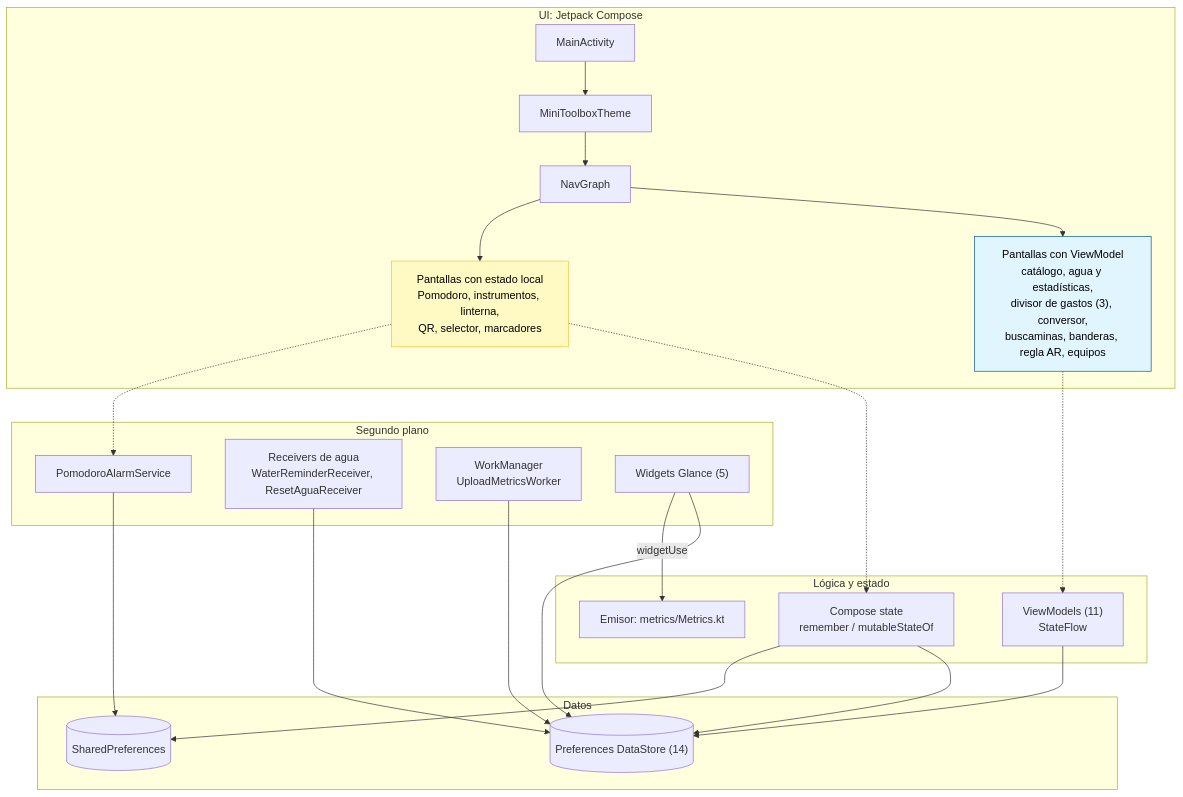
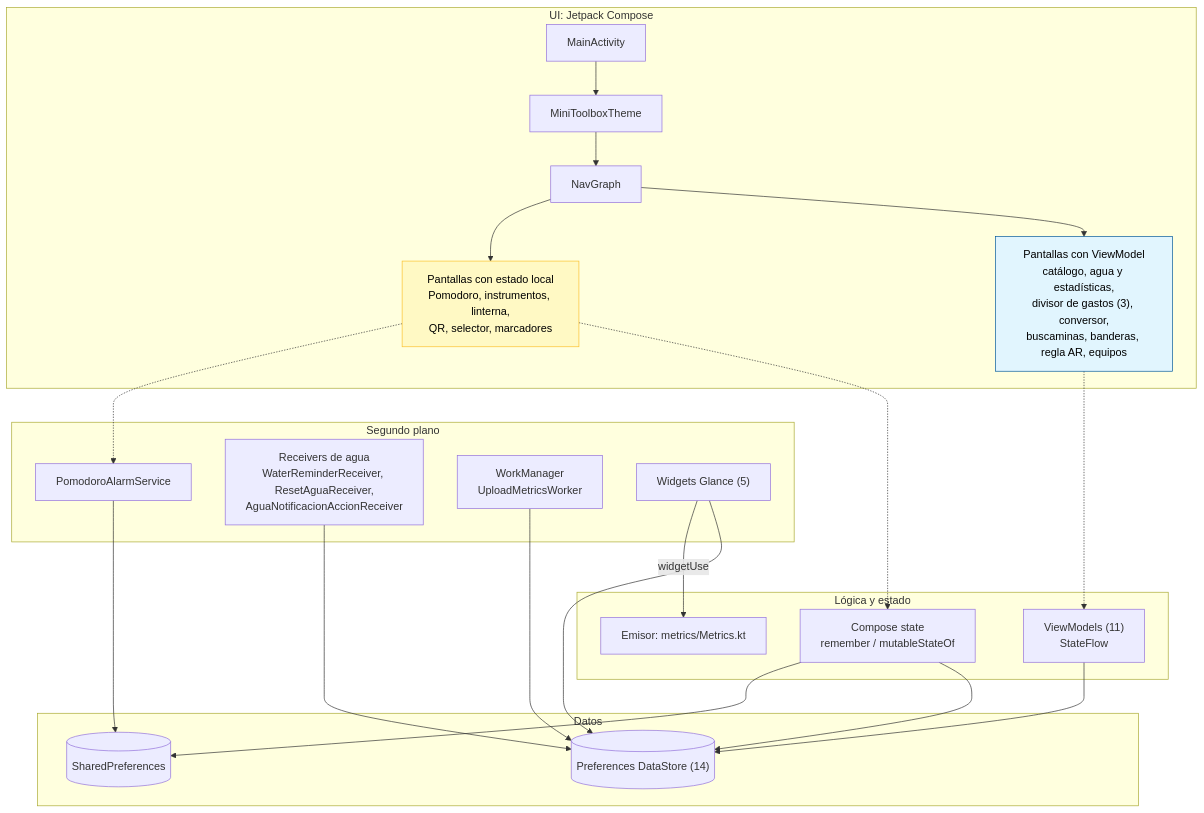
One commit to JoaquinSasso/MiniToolbox changed the first of 4 diagrams in docs/architecture.md. Above: the diagram before and after it, drawn with Mermaid. The commit also changed 35 other files, not shown here.

````diff
--- a/docs/architecture.md
+++ b/docs/architecture.md
@@ -22,41 +22,41 @@
 ```mermaid
 flowchart TD
     subgraph UI [UI: Jetpack Compose]
         MA[MainActivity] --> MT[MiniToolboxTheme]
         MT --> NG[NavGraph]
         NG --> VMS["Pantallas con ViewModel<br/>catálogo, agua y estadísticas,<br/>divisor de gastos (3), conversor,<br/>buscaminas, banderas, regla AR, equipos"]
         NG --> LSS["Pantallas con estado local<br/>Pomodoro, instrumentos, linterna,<br/>QR, selector, marcadores"]
         style VMS fill:#e1f5fe,stroke:#01579b,color:#000
         style LSS fill:#fff9c4,stroke:#fbc02d,color:#000
     end
 
     subgraph Logic [Lógica y estado]
         VM["ViewModels (11)<br/>StateFlow"]
         CS["Compose state<br/>remember / mutableStateOf"]
         MET["Emisor: metrics/Metrics.kt"]
     end
 
     subgraph Background [Segundo plano]
         PAS[PomodoroAlarmService]
-        AR["Receivers de agua<br/>WaterReminderReceiver, ResetAguaReceiver"]
+        AR["Receivers de agua<br/>WaterReminderReceiver, ResetAguaReceiver,<br/>AguaNotificacionAccionReceiver"]
         WM["WorkManager<br/>UploadMetricsWorker"]
         GW["Widgets Glance (5)"]
     end
 
     subgraph Data [Datos]
         DS[("Preferences DataStore (14)")]
         SP[("SharedPreferences")]
     end
 
     VMS -.-> VM
     LSS -.-> CS
     VM --> DS
     CS --> DS
     CS --> SP
     LSS -.-> PAS
     PAS --> SP
     AR --> DS
     WM --> DS
     GW --> DS
     GW -->|widgetUse| MET
 ```
````
